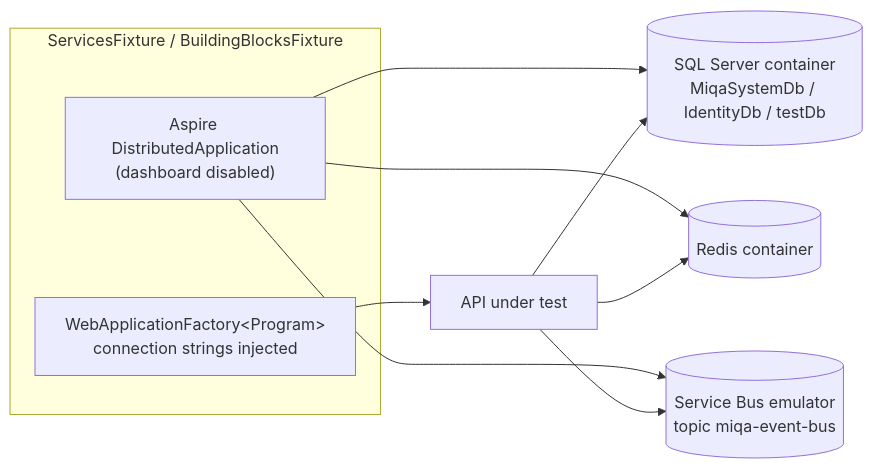
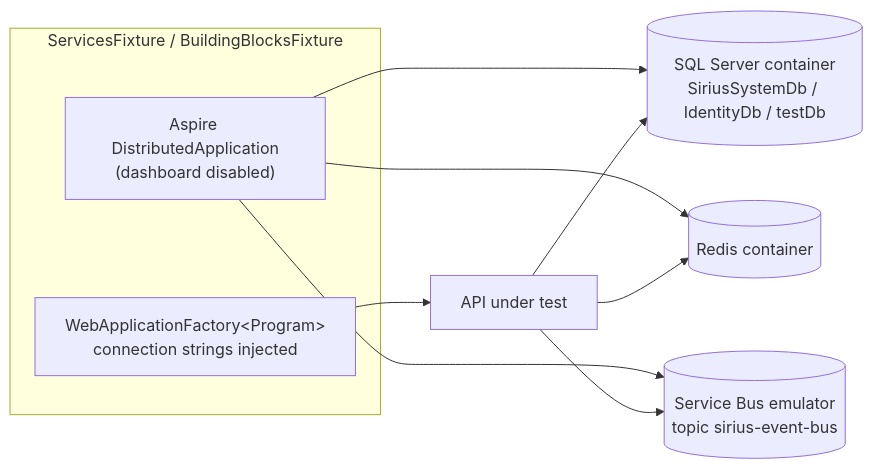
The second of 2 diagrams in docs/developer-guide/04-testing.md (miquelalcaraz/Labs.ServicePlatform), drawn with Mermaid before and after one commit. The commit also changed other lines of this file and 1114 other files, not shown here.

Commit message:
refactor: rename namespaces from Miqa to Sirius

````diff
--- a/docs/developer-guide/04-testing.md
+++ b/docs/developer-guide/04-testing.md
@@ -112,12 +112,12 @@
 ```mermaid
 flowchart LR
     subgraph FX["ServicesFixture / BuildingBlocksFixture"]
         ASP["Aspire DistributedApplication<br/>(dashboard disabled)"]
         WAF["WebApplicationFactory#lt;Program#gt;<br/>connection strings injected"]
     end
-    ASP --> SQL[("SQL Server container<br/>MiqaSystemDb / IdentityDb / testDb")]
+    ASP --> SQL[("SQL Server container<br/>SiriusSystemDb / IdentityDb / testDb")]
     ASP --> RED[("Redis container")]
-    ASP --> SB[("Service Bus emulator<br/>topic miqa-event-bus")]
+    ASP --> SB[("Service Bus emulator<br/>topic sirius-event-bus")]
     WAF --> HOST["API under test"]
     HOST --> SQL & RED & SB
 ```
````
